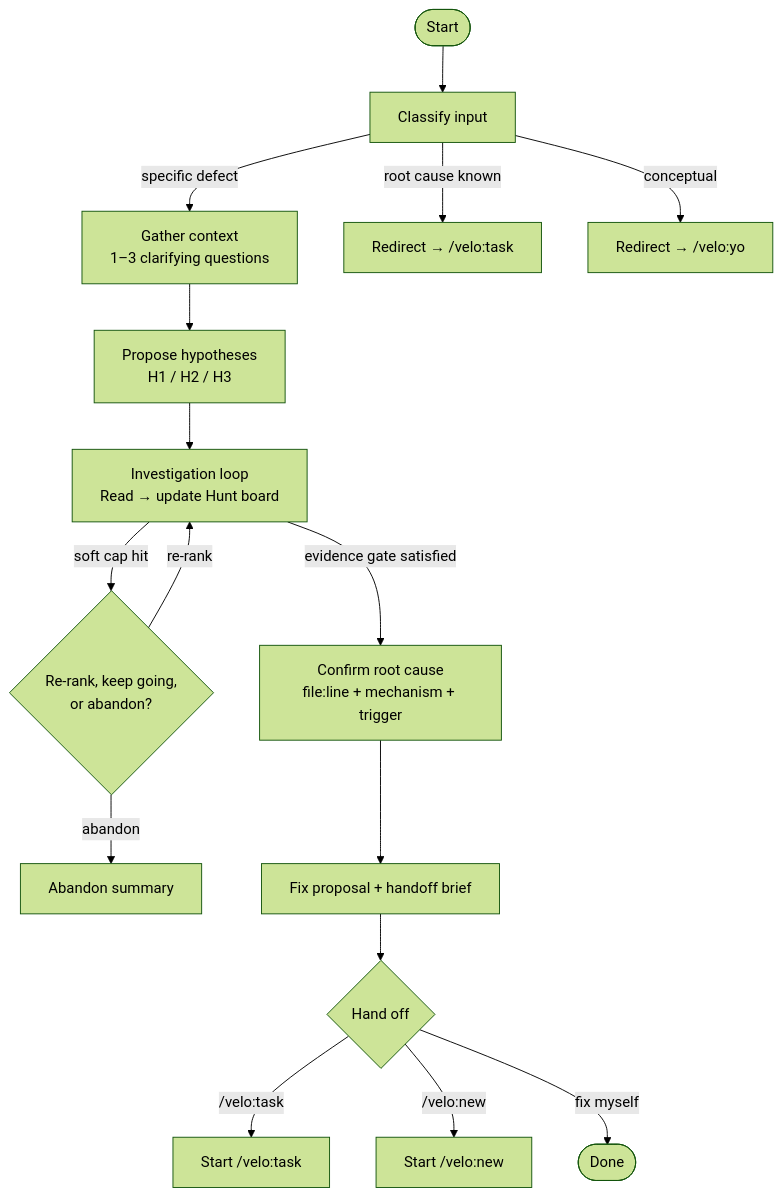
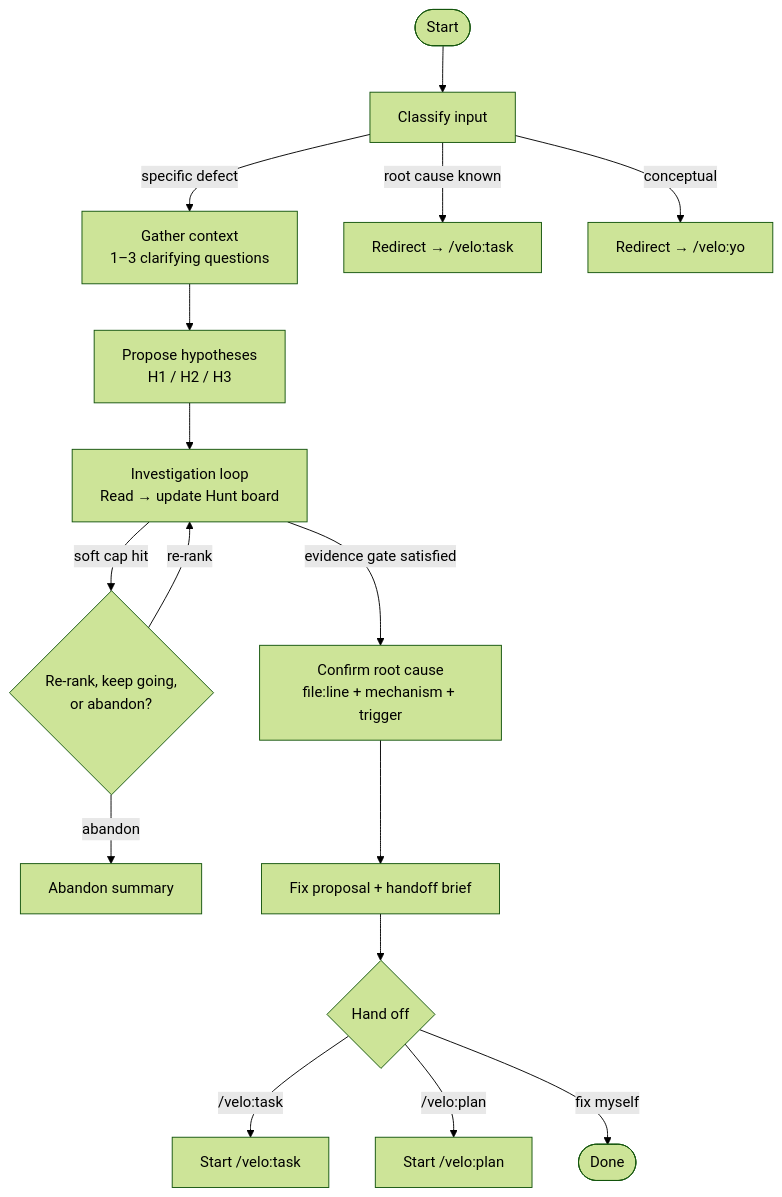
The third of 3 diagrams in WORKFLOW.md (rajasekarm/velo), drawn with Mermaid (forest theme) before and after one commit. The commit also changed other lines of this file and 21 other files, not shown here.

````diff
--- a/WORKFLOW.md
+++ b/WORKFLOW.md
@@ -125,18 +85,18 @@
 ```mermaid
 flowchart TD
     A([Start]) --> CL[Classify input]
     CL -->|specific defect| CTX[Gather context\n1–3 clarifying questions]
     CL -->|root cause known| TASK[Redirect → /velo:task]
     CL -->|conceptual| YO[Redirect → /velo:yo]
     CTX --> HYP[Propose hypotheses\nH1 / H2 / H3]
     HYP --> LOOP[Investigation loop\nRead → update Hunt board]
     LOOP -->|soft cap hit| ASK{Re-rank, keep going,\nor abandon?}
     ASK -->|re-rank| LOOP
     ASK -->|abandon| ABANDON[Abandon summary]
     LOOP -->|evidence gate satisfied| RC[Confirm root cause\nfile:line + mechanism + trigger]
     RC --> FIX[Fix proposal + handoff brief]
     FIX --> HAND{Hand off}
     HAND -->|/velo:task| TASK2[Start /velo:task]
-    HAND -->|/velo:new| NEW[Start /velo:new]
+    HAND -->|/velo:plan| NEW[Start /velo:plan]
     HAND -->|fix myself| DONE([Done])
 ```
````
